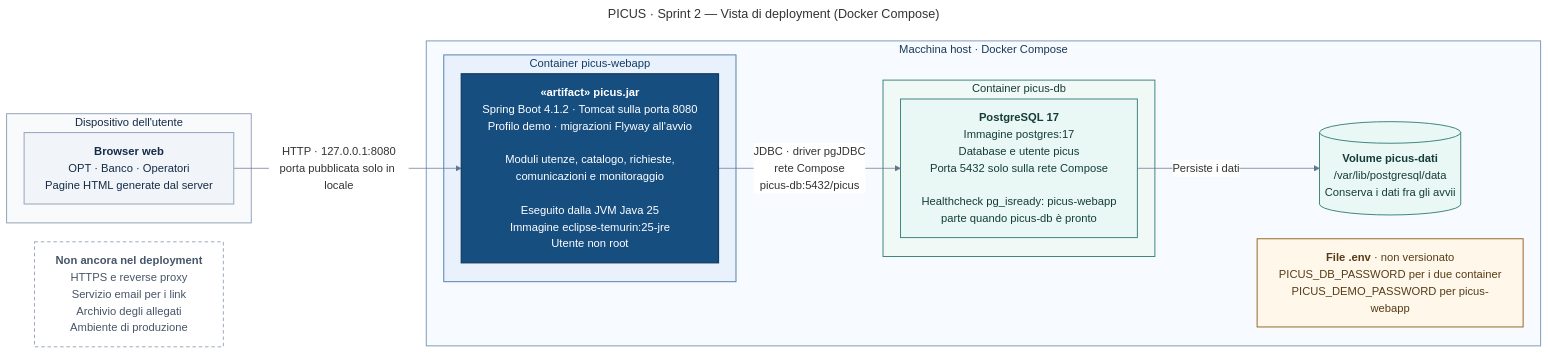
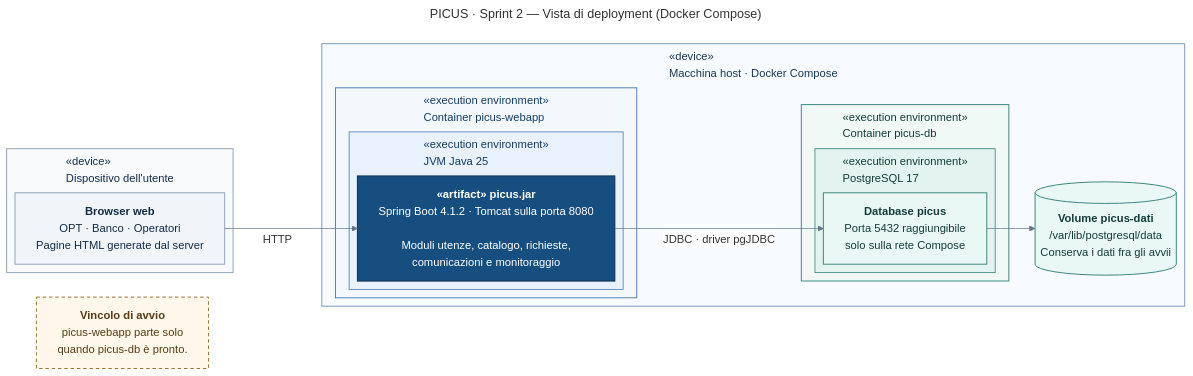
One commit to Pinguini-alla-Fragola/Progetto-SAD changed the diagram in docs/architecture/diagrams/PICUS-Deployment.mmd. Above: the diagram before and after it, drawn with Mermaid. The commit also changed 2 other files, not shown here.

Commit message:
docs(architettura): rivedi la vista di deployment con gli execution environment
Refs #76

```diff
--- a/docs/architecture/diagrams/PICUS-Deployment.mmd
+++ b/docs/architecture/diagrams/PICUS-Deployment.mmd
@@ -1,56 +1,63 @@
 ---
 title: "PICUS · Sprint 2 — Vista di deployment (Docker Compose)"
 config:
+  layout: elk
   theme: base
   themeVariables:
     fontFamily: "Arial"
     fontSize: "16px"
     lineColor: "#64748B"
     edgeLabelBackground: "#FFFFFF"
   flowchart:
     curve: linear
     nodeSpacing: 34
     rankSpacing: 50
     wrappingWidth: 320
+    subGraphTitleMargin:
+      top: 6
+      bottom: 26
 ---
 flowchart LR
     accTitle: PICUS, vista di deployment dello Sprint 2
-    accDescr: Il browser dell'utente raggiunge la porta 8080 della macchina host. Docker Compose esegue due container sulla stessa rete. picus-webapp esegue picus.jar su una JVM Java 25 e si collega con JDBC a picus-db, che esegue PostgreSQL 17 e salva i dati nel volume picus-dati. Le password arrivano dal file .env.
+    accDescr: Il browser dell'utente raggiunge via HTTP l'applicazione sulla macchina host. Docker Compose esegue due container. In picus-webapp la JVM Java 25 esegue picus.jar, che si collega con JDBC al database picus gestito da PostgreSQL 17 nel container picus-db. PostgreSQL salva i dati nel volume picus-dati. Una nota indica che picus-webapp parte solo quando picus-db è pronto.
 
-    subgraph DEVICE["Dispositivo dell'utente"]
+    subgraph DEVICE["«device»<br/>Dispositivo dell'utente"]
         BROWSER["<b>Browser web</b><br/>OPT · Banco · Operatori<br/>Pagine HTML generate dal server"]
     end
 
-    subgraph HOST["Macchina host · Docker Compose"]
-        subgraph WEBAPP["Container picus-webapp"]
-            JAR["<b>«artifact» picus.jar</b><br/>Spring Boot 4.1.2 · Tomcat sulla porta 8080<br/>Profilo demo · migrazioni Flyway all'avvio<br/><br/>Moduli utenze, catalogo, richieste,<br/>comunicazioni e monitoraggio<br/><br/>Eseguito dalla JVM Java 25<br/>Immagine eclipse-temurin:25-jre<br/>Utente non root"]
+    NOTA["<b>Vincolo di avvio</b><br/>picus-webapp parte solo<br/>quando picus-db è pronto."]
+
+    subgraph HOST["«device»<br/>Macchina host · Docker Compose"]
+        subgraph WEBAPP["«execution environment»<br/>Container picus-webapp"]
+            subgraph JVM["«execution environment»<br/>JVM Java 25"]
+                JAR["<b>«artifact» picus.jar</b><br/>Spring Boot 4.1.2 · Tomcat sulla porta 8080<br/><br/>Moduli utenze, catalogo, richieste,<br/>comunicazioni e monitoraggio"]
+            end
         end
 
-        subgraph DB["Container picus-db"]
-            PG["<b>PostgreSQL 17</b><br/>Immagine postgres:17<br/>Database e utente picus<br/>Porta 5432 solo sulla rete Compose<br/><br/>Healthcheck pg_isready: picus-webapp<br/>parte quando picus-db è pronto"]
+        subgraph DB["«execution environment»<br/>Container picus-db"]
+            subgraph DBMS["«execution environment»<br/>PostgreSQL 17"]
+                SCHEMA["<b>Database picus</b><br/>Porta 5432 raggiungibile<br/>solo sulla rete Compose"]
+            end
         end
 
         VOL[("<b>Volume picus-dati</b><br/>/var/lib/postgresql/data<br/>Conserva i dati fra gli avvii")]
-        ENV["<b>File .env</b> · non versionato<br/>PICUS_DB_PASSWORD per i due container<br/>PICUS_DEMO_PASSWORD per picus-webapp"]
     end
 
-    NOTE["<b>Non ancora nel deployment</b><br/>HTTPS e reverse proxy<br/>Servizio email per i link<br/>Archivio degli allegati<br/>Ambiente di produzione"]
-
-    BROWSER -->|"HTTP · 127.0.0.1:8080<br/>porta pubblicata solo in locale"| JAR
-    JAR -->|"JDBC · driver pgJDBC<br/>rete Compose<br/>picus-db:5432/picus"| PG
-    PG -->|Persiste i dati| VOL
+    BROWSER -->|HTTP| JAR
+    JAR -->|"JDBC · driver pgJDBC"| SCHEMA
+    SCHEMA --> VOL
 
     classDef nodo fill:#F1F5F9,stroke:#94A3B8,color:#142B46,stroke-width:1.4px
     classDef artifact fill:#164E80,stroke:#123B61,color:#FFFFFF,stroke-width:1.8px
     classDef dati fill:#E9F7F5,stroke:#3D867D,color:#153D38,stroke-width:1.4px
-    classDef config fill:#FFF8EA,stroke:#946728,color:#563C17,stroke-width:1.4px
-    classDef futuro fill:#FFFFFF,stroke:#94A3B8,color:#475569,stroke-width:1.3px,stroke-dasharray:5 4
+    classDef nota fill:#FFF8EA,stroke:#946728,color:#563C17,stroke-width:1.3px,stroke-dasharray:5 4
     class BROWSER nodo
     class JAR artifact
-    class PG,VOL dati
-    class ENV config
-    class NOTE futuro
+    class SCHEMA,VOL dati
+    class NOTA nota
     style DEVICE fill:#F8FAFC,stroke:#94A3B8,stroke-width:1.4px,color:#142B46
     style HOST fill:#F7FAFE,stroke:#7C9BB9,stroke-width:1.4px,color:#183957
-    style WEBAPP fill:#E9F2FC,stroke:#5480B0,stroke-width:1.4px,color:#143C65
+    style WEBAPP fill:#F3F8FD,stroke:#5480B0,stroke-width:1.4px,color:#143C65
+    style JVM fill:#E9F2FC,stroke:#5480B0,stroke-width:1.2px,color:#143C65
     style DB fill:#F1F9F7,stroke:#3D867D,stroke-width:1.4px,color:#153D38
+    style DBMS fill:#E3F3EF,stroke:#3D867D,stroke-width:1.2px,color:#153D38
```
